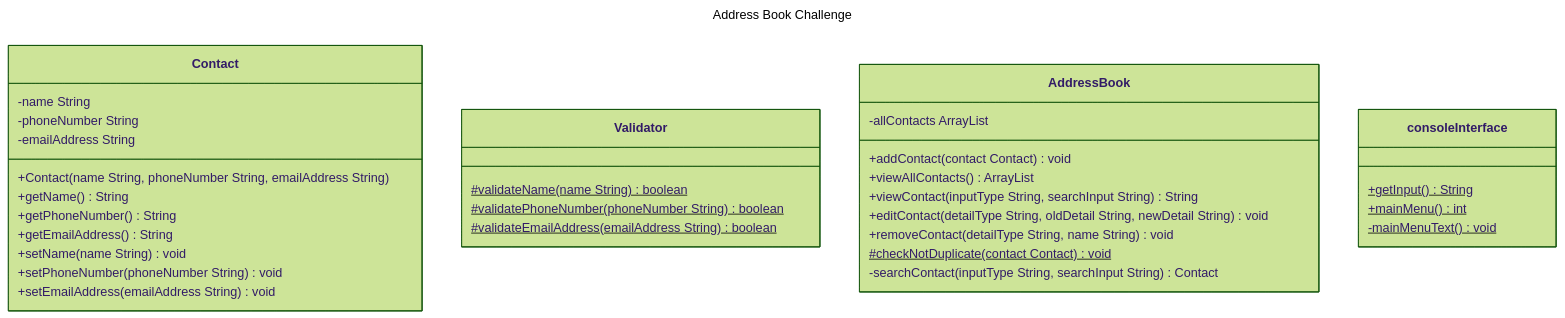
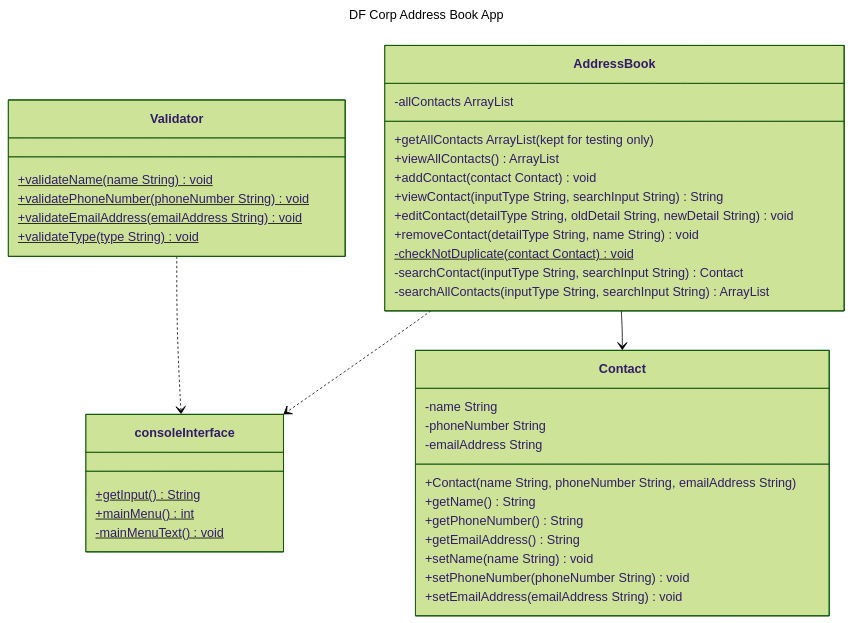
The diagram in docs/class-diagrams-test-plan.md (kristy-lam/df-challenge-3-address-book), drawn with Mermaid (forest theme) before and after one commit. The commit also changed other lines of this file and 6 other files, not shown here.

````diff
--- a/docs/class-diagrams-test-plan.md
+++ b/docs/class-diagrams-test-plan.md
@@ -11,43 +11,47 @@
 ```mermaid
 ---
-title: Address Book Challenge
+title: DF Corp Address Book App
 ---
 classDiagram
         
     class Contact {
         -name String
         -phoneNumber String
         -emailAddress String
         +Contact(name String, phoneNumber String, emailAddress String)
         +getName() String
         +getPhoneNumber() String
         +getEmailAddress() String
         +setName(name String) void
         +setPhoneNumber(phoneNumber String) void
         +setEmailAddress(emailAddress String) void
     }
-
     class Validator {
-        #validateName(name String) boolean$
-        #validatePhoneNumber(phoneNumber String) boolean$
-        #validateEmailAddress(emailAddress String) boolean$
-    }
+        +validateName(name String) void$
+        +validatePhoneNumber(phoneNumber String) void$
+        +validateEmailAddress(emailAddress String) void$
+        +validateType(type String) void$    }
     
     class AddressBook {   
         -allContacts ArrayList
-        +addContact(contact Contact) void
-        +viewAllContacts() ArrayList
+        +getAllContacts ArrayList<Contact> (kept for testing only)
+        +viewAllContacts() ArrayList<Contact>
+        +addContact(contact Contact) void   
         +viewContact(inputType String, searchInput String) String
         +editContact(detailType String, oldDetail String, newDetail String) void
         +removeContact(detailType String, name String) void
-        #checkNotDuplicate(contact Contact) void$
+        -checkNotDuplicate(contact Contact) void$
         -searchContact(inputType String, searchInput String) Contact
-    }
-    
+        -searchAllContacts(inputType String, searchInput String) ArrayList<Contact>
+    }    
     class consoleInterface {
         +getInput() String$
         +mainMenu() int$        
         -mainMenuText() void$
     }
 
+    AddressBook --> Contact
+    Validator ..> consoleInterface
+    AddressBook ..> consoleInterface
+
 ```
````
